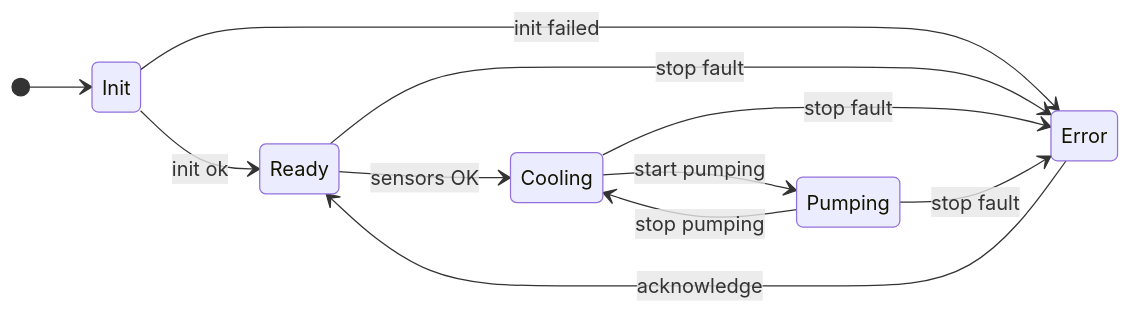
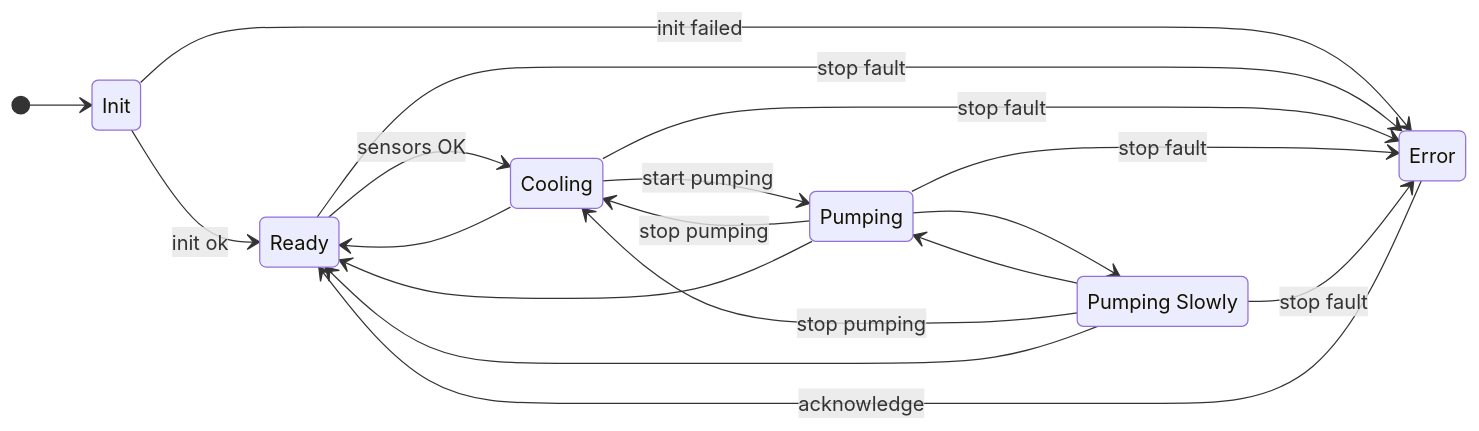
Before and after one commit to PatrykPrezyna/spine-cooling-runtime: the diagram in docs/state-machine.md, drawn with Mermaid. The commit also changed other lines of this file and 13 other files, not shown here.

````diff
--- a/docs/state-machine.md
+++ b/docs/state-machine.md
@@ -11,14 +1,23 @@
 ```mermaid
 stateDiagram-v2
     direction LR
     [*] --> Init
     Init --> Ready: init ok
     Init --> Error: init failed
     Ready --> Cooling: sensors OK
+    Ready --> Error: stop fault
     Cooling --> Pumping: start pumping
+    Cooling --> Ready
+    Cooling --> Error: stop fault
+    Pumping --> PumpingSlowly
     Pumping --> Cooling: stop pumping
-    Ready --> Error: stop fault
-    Cooling --> Error: stop fault
+    Pumping --> Ready
     Pumping --> Error: stop fault
+    PumpingSlowly --> Pumping
+    PumpingSlowly --> Cooling: stop pumping
+    PumpingSlowly --> Ready
+    PumpingSlowly --> Error: stop fault
     Error --> Ready: acknowledge
+
+    state "Pumping Slowly" as PumpingSlowly
 ```
````
